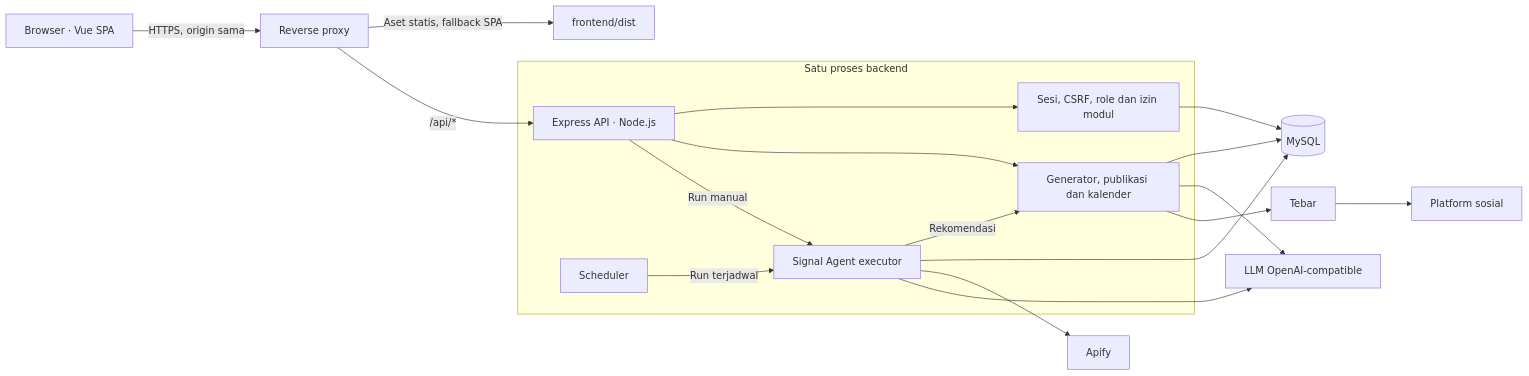
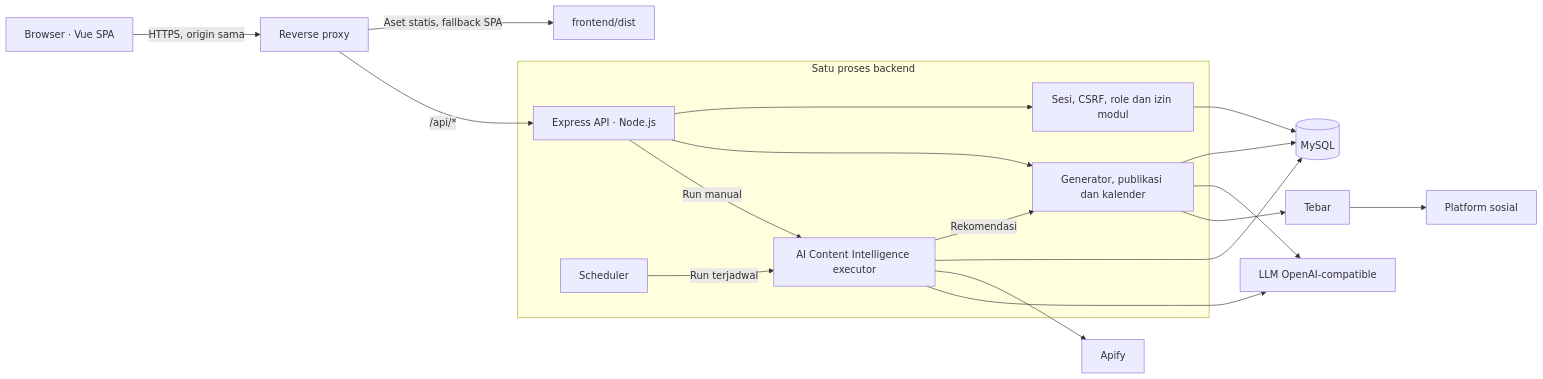
The fourth of 5 diagrams in README.md (Septiodwi/Pulse-AI), drawn with Mermaid before and after one commit. The commit also changed other lines of this file and 17 other files, not shown here.

````diff
--- a/README.md
+++ b/README.md
@@ -115,21 +115,21 @@
 ```mermaid
 flowchart LR
     Browser["Browser · Vue SPA"] -->|"HTTPS, origin sama"| Proxy["Reverse proxy"]
     Proxy -->|"Aset statis, fallback SPA"| Static["frontend/dist"]
     Proxy -->|"/api/*"| API["Express API · Node.js"]
     subgraph Backend["Satu proses backend"]
         API --> Auth["Sesi, CSRF, role dan izin modul"]
         API --> Content["Generator, publikasi dan kalender"]
-        API -->|"Run manual"| Executor["Signal Agent executor"]
+        API -->|"Run manual"| Executor["AI Content Intelligence executor"]
         Scheduler["Scheduler"] -->|"Run terjadwal"| Executor
         Executor -->|"Rekomendasi"| Content
     end
     Auth --> DB[("MySQL")]
     Content --> DB
     Executor --> DB
     Executor --> Apify["Apify"]
     Executor --> LLM["LLM OpenAI-compatible"]
     Content --> LLM
     Content --> Tebar["Tebar"]
     Tebar --> Social["Platform sosial"]
 ```
````
